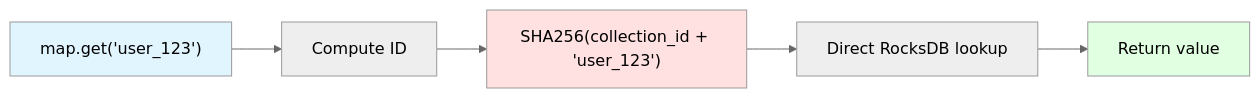
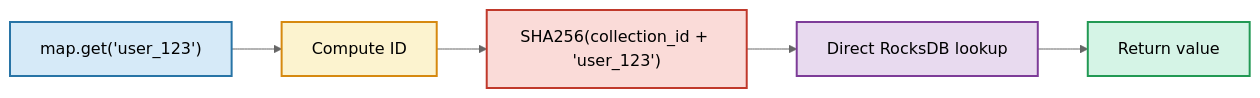
One commit to calimero-network/core changed the fifth of 9 diagrams in crates/storage/README.md. Above: the diagram before and after it, drawn with Mermaid (neutral theme). The commit also changed other lines of this file, not shown here.

First line of the commit message:
docs(storage): improve diagram color schemes for readability

````diff
--- a/crates/storage/README.md
+++ b/crates/storage/README.md
@@ -162,11 +169,13 @@
 ```mermaid
 graph LR
     A["map.get('user_123')"] --> B[Compute ID]
     B --> C["SHA256(collection_id + 'user_123')"]
     C --> D[Direct RocksDB lookup]
     D --> E[Return value]
     
-    style A fill:#e1f5ff
-    style C fill:#ffe1e1
-    style E fill:#e1ffe1
+    style A fill:#D6EAF8,stroke:#2874A6,stroke-width:2px
+    style B fill:#FCF3CF,stroke:#D68910,stroke-width:2px
+    style C fill:#FADBD8,stroke:#C0392B,stroke-width:2px
+    style D fill:#E8DAEF,stroke:#7D3C98,stroke-width:2px
+    style E fill:#D5F4E6,stroke:#229954,stroke-width:2px
 ```
````
